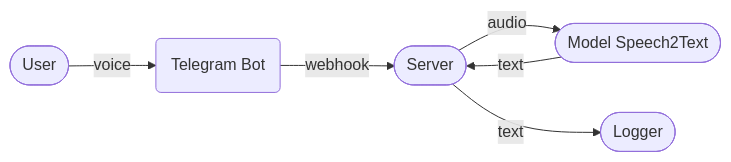
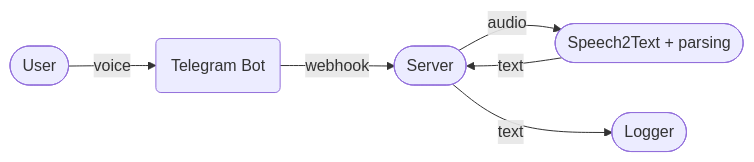
Before and after one commit to PyCampES/logger-bot: the diagram in README.md, drawn with Mermaid. The commit also changed 4 other files, not shown here.

````diff
--- a/README.md
+++ b/README.md
@@ -6,14 +6,14 @@
 ```mermaid
 flowchart LR
     user([User])
     telegram(Telegram Bot)
     server([Server])
-    model([Model Speech2Text])
+    extractor([Speech2Text + parsing])
     logger([Logger])
 
     user -- voice --> telegram
     telegram -- webhook --> server
-    server -- audio --> model
-    model -- text --> server
+    server -- audio --> extractor
+    extractor -- text --> server
     server -- text --> logger
 ```
````
